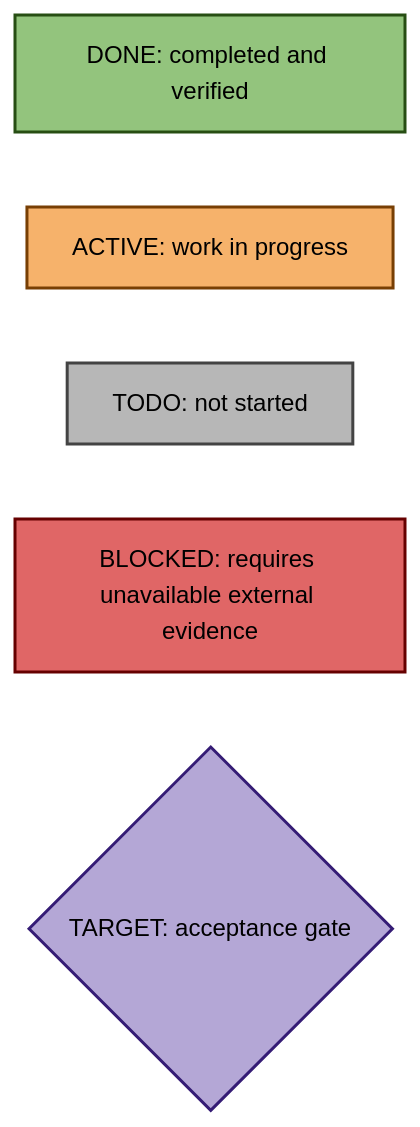
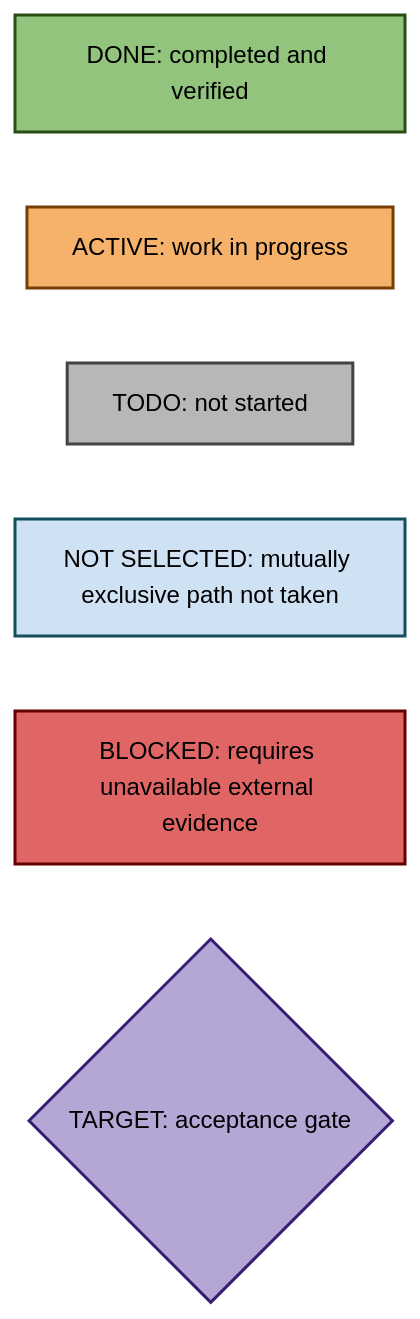
One commit to ROCm/rocm-systems changed the first of 5 diagrams in emulation/rocjitsu/docs/consan/PLAN_GFX950.md. Above: the diagram before and after it, drawn with Mermaid. The commit also changed other lines of this file and 3 other files, not shown here.

````diff
--- a/emulation/rocjitsu/docs/consan/PLAN_GFX950.md
+++ b/emulation/rocjitsu/docs/consan/PLAN_GFX950.md
@@ -301,14 +307,16 @@
 ```mermaid
 flowchart LR
   DONE["DONE: completed and verified"]:::done
   ACTIVE["ACTIVE: work in progress"]:::active
   TODO["TODO: not started"]:::todo
+  NOT_SELECTED["NOT SELECTED: mutually exclusive path not taken"]:::notselected
   BLOCKED["BLOCKED: requires unavailable external evidence"]:::blocked
   TARGET{"TARGET: acceptance gate"}:::target
 
   classDef done fill:#93c47d,stroke:#274e13,stroke-width:2px,color:#000;
   classDef active fill:#f6b26b,stroke:#783f04,stroke-width:2px,color:#000;
   classDef todo fill:#b7b7b7,stroke:#434343,stroke-width:2px,color:#000;
+  classDef notselected fill:#cfe2f3,stroke:#134f5c,stroke-width:2px,color:#000;
   classDef blocked fill:#e06666,stroke:#660000,stroke-width:2px,color:#000;
   classDef target fill:#b4a7d6,stroke:#351c75,stroke-width:2px,color:#000;
 ```
````
